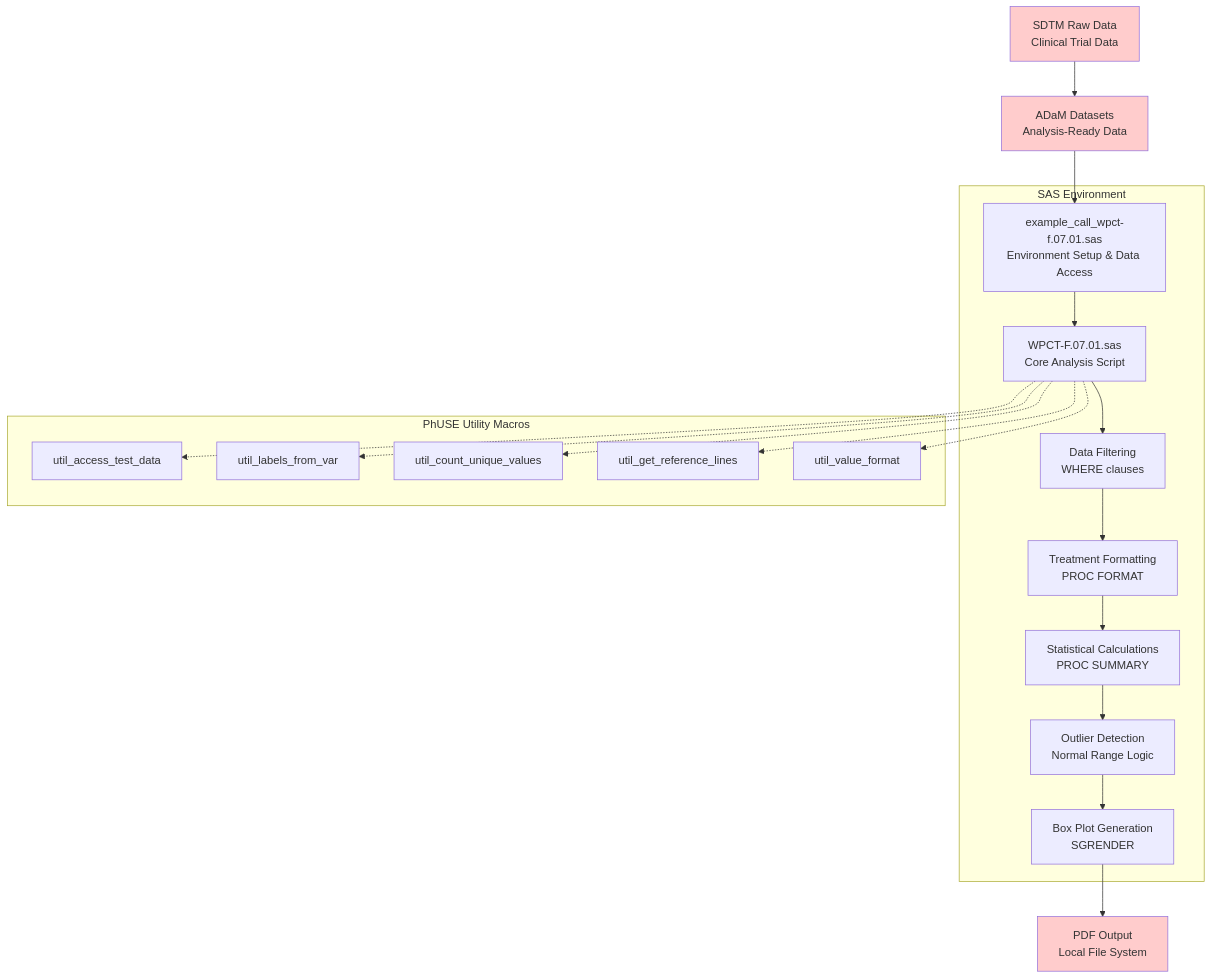
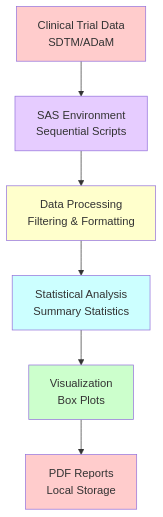
The first of 2 diagrams in README.md (taylor-curran/SAS), drawn with Mermaid before and after one commit. The commit also changed other lines of this file, not shown here.

First line of the commit message:
Simplify mermaid diagrams to be more high-level and conceptual

````diff
--- a/README.md
+++ b/README.md
@@ -13,41 +13,15 @@
 ```mermaid
 flowchart TD
-    A[SDTM Raw Data<br/>Clinical Trial Data] --> B[ADaM Datasets<br/>Analysis-Ready Data]
-    B --> C[example_call_wpct-f.07.01.sas<br/>Environment Setup & Data Access]
-    C --> D[WPCT-F.07.01.sas<br/>Core Analysis Script]
-    
-    D --> E[Data Filtering<br/>WHERE clauses]
-    E --> F[Treatment Formatting<br/>PROC FORMAT]
-    F --> G[Statistical Calculations<br/>PROC SUMMARY]
-    G --> H[Outlier Detection<br/>Normal Range Logic]
-    H --> I[Box Plot Generation<br/>SGRENDER]
-    I --> J[PDF Output<br/>Local File System]
-    
-    subgraph "SAS Environment"
-        C
-        D
-        E
-        F
-        G
-        H
-        I
-    end
-    
-    subgraph "PhUSE Utility Macros"
-        K[util_access_test_data]
-        L[util_labels_from_var]
-        M[util_count_unique_values]
-        N[util_get_reference_lines]
-        O[util_value_format]
-    end
-    
-    D -.-> K
-    D -.-> L
-    D -.-> M
-    D -.-> N
-    D -.-> O
+    A[Clinical Trial Data<br/>SDTM/ADaM] --> B[SAS Environment<br/>Sequential Scripts]
+    B --> C[Data Processing<br/>Filtering & Formatting]
+    C --> D[Statistical Analysis<br/>Summary Statistics]
+    D --> E[Visualization<br/>Box Plots]
+    E --> F[PDF Reports<br/>Local Storage]
     
     style A fill:#ffcccc
-    style B fill:#ffcccc
-    style J fill:#ffcccc
+    style B fill:#e6ccff
+    style C fill:#ffffcc
+    style D fill:#ccffff
+    style E fill:#ccffcc
+    style F fill:#ffcccc
 ```
````
